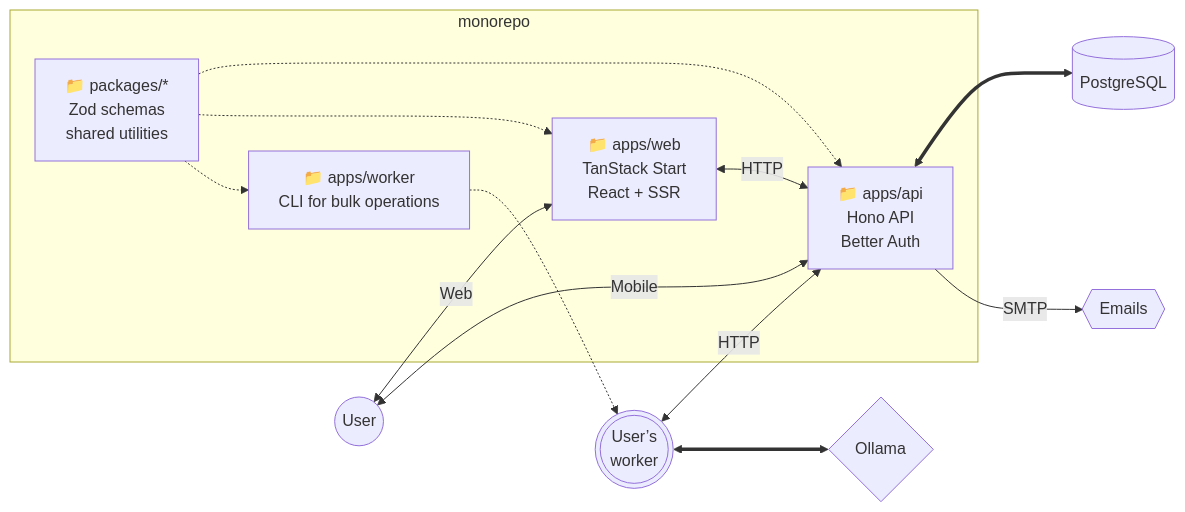
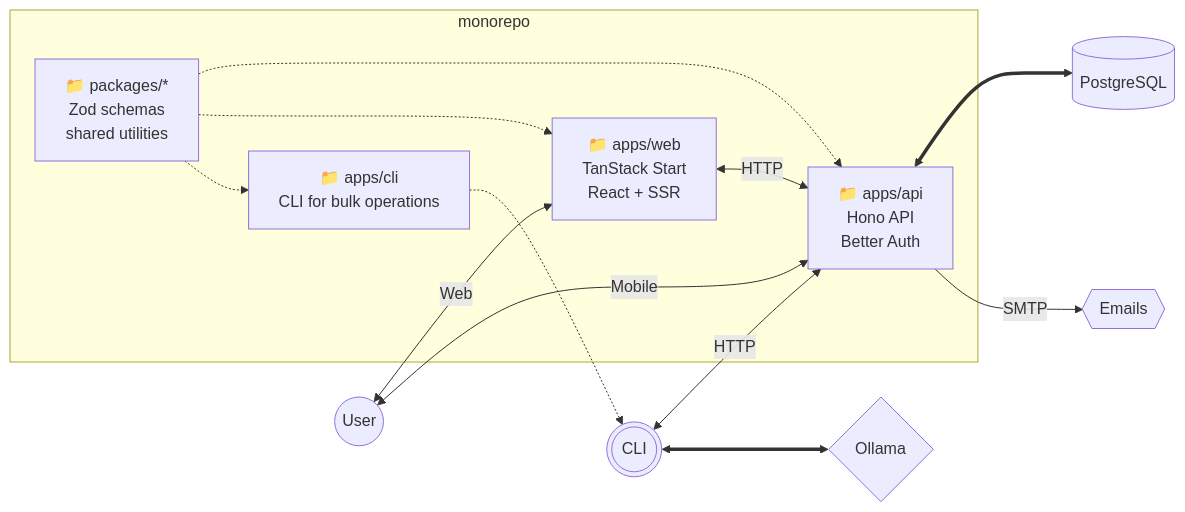
The diagram in README.md (SubZtep/admin-starter), drawn with Mermaid before and after one commit. The commit also changed other lines of this file and 50 other files, not shown here.

Commit message:
rename worker to cli + colours (#3)

````diff
--- a/README.md
+++ b/README.md
@@ -20,30 +20,29 @@
 ```mermaid
 flowchart LR
   subgraph "monorepo"
     A["📁 apps/api<br/>Hono API<br/>Better Auth"]
     W["📁 apps/web<br/>TanStack Start<br/>React + SSR"]
     P["📁 packages/*<br/>Zod schemas<br/>shared utilities"]
-    WW["📁 apps/worker<br/>CLI for bulk operations"]
+    WW["📁 apps/cli<br/>CLI for bulk operations"]
   end
 
   U((User))
-  UW(((User’s
-    worker)))
+  UW(((CLI)))
   D[(PostgreSQL)]
   E{{Emails}}
   O{Ollama}
 
   P -.-> A
   P -.-> W
   P -.-> WW
 
   U <-->|Web| W
   U <-->|Mobile| A
   UW <-->|HTTP| A
   UW <==> O
   WW -.-> UW
 
   W <-->|HTTP| A
   A <==> D
   A -->|SMTP| E
 ```
````
